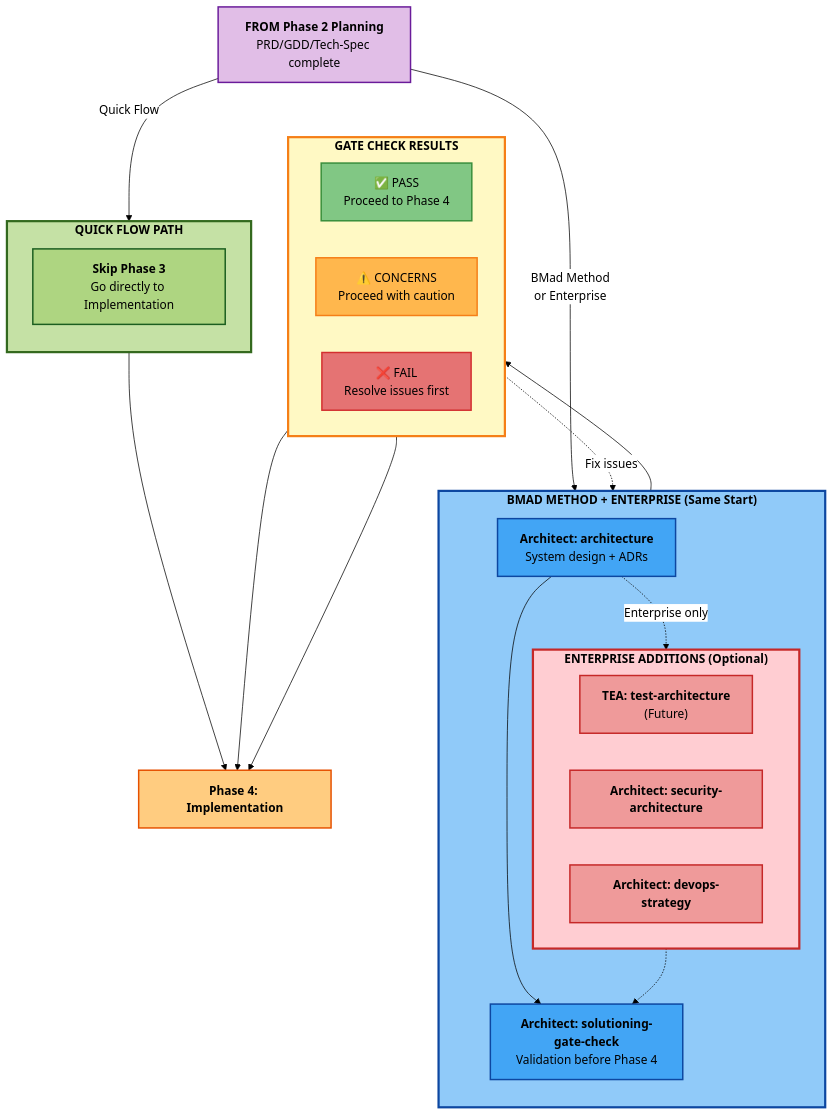
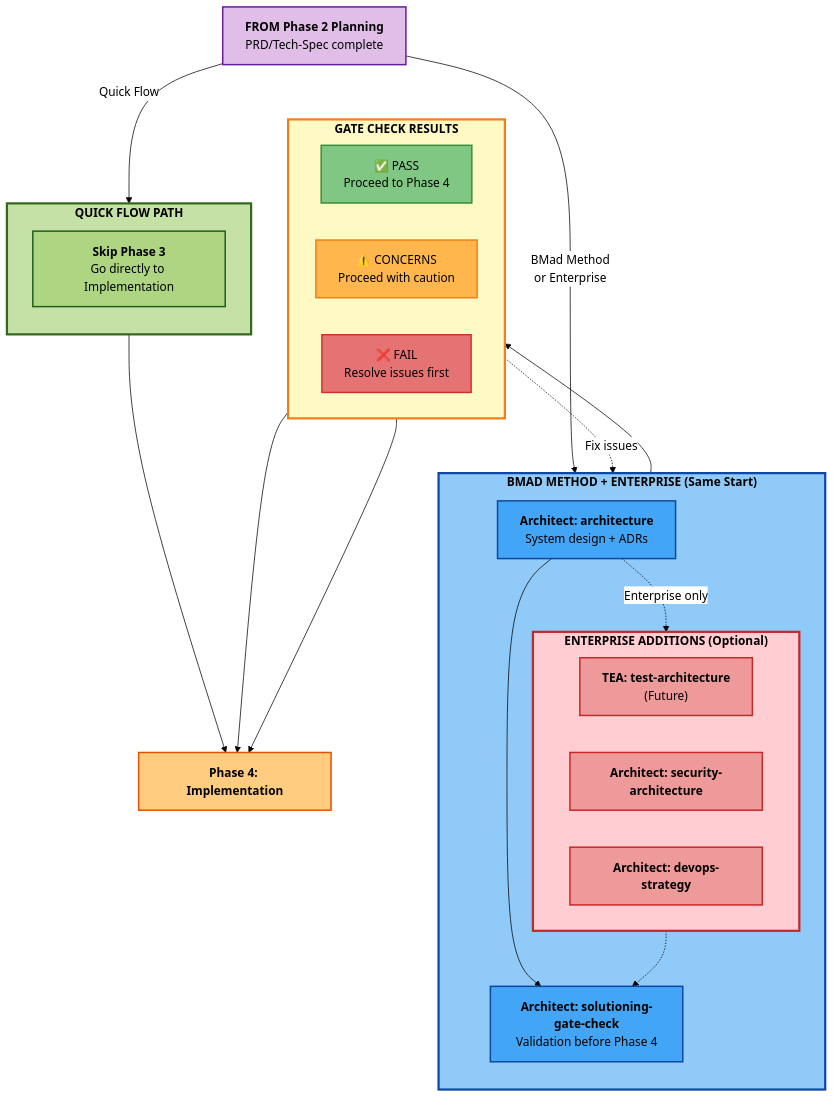
One commit to mkellerman/BMAD-METHOD changed the diagram in bmad/bmm/docs/workflows-solutioning.md. Above: the diagram before and after it, drawn with Mermaid. The commit also changed 3 other files, not shown here.

````diff
--- a/bmad/bmm/docs/workflows-solutioning.md
+++ b/bmad/bmm/docs/workflows-solutioning.md
@@ -19,61 +19,61 @@
 ```mermaid
 %%{init: {'theme':'base', 'themeVariables': { 'primaryColor':'#fff','primaryTextColor':'#000','primaryBorderColor':'#000','lineColor':'#000','fontSize':'16px','fontFamily':'arial'}}}%%
 graph TB
-    FromPlanning["<b>FROM Phase 2 Planning</b><br/>PRD/GDD/Tech-Spec complete"]
+    FromPlanning["<b>FROM Phase 2 Planning</b><br/>PRD/Tech-Spec complete"]
 
     subgraph QuickFlow["<b>QUICK FLOW PATH</b>"]
         direction TB
         SkipArch["<b>Skip Phase 3</b><br/>Go directly to Implementation"]
     end
 
     subgraph BMadEnterprise["<b>BMAD METHOD + ENTERPRISE (Same Start)</b>"]
         direction TB
         Architecture["<b>Architect: architecture</b><br/>System design + ADRs"]
 
         subgraph Optional["<b>ENTERPRISE ADDITIONS (Optional)</b>"]
             direction LR
             TestArch["<b>TEA: test-architecture</b><br/>(Future)"]
             SecArch["<b>Architect: security-architecture</b>"]
             DevOps["<b>Architect: devops-strategy</b>"]
         end
 
         GateCheck["<b>Architect: solutioning-gate-check</b><br/>Validation before Phase 4"]
 
         Architecture -.->|Enterprise only| Optional
         Architecture --> GateCheck
         Optional -.-> GateCheck
     end
 
     subgraph Result["<b>GATE CHECK RESULTS</b>"]
         direction LR
         Pass["✅ PASS<br/>Proceed to Phase 4"]
         Concerns["⚠️ CONCERNS<br/>Proceed with caution"]
         Fail["❌ FAIL<br/>Resolve issues first"]
     end
 
     FromPlanning -->|Quick Flow| QuickFlow
     FromPlanning -->|BMad Method<br/>or Enterprise| Architecture
 
     QuickFlow --> Phase4["<b>Phase 4: Implementation</b>"]
     GateCheck --> Result
     Pass --> Phase4
     Concerns --> Phase4
     Fail -.->|Fix issues| Architecture
 
     style FromPlanning fill:#e1bee7,stroke:#6a1b9a,stroke-width:2px,color:#000
     style QuickFlow fill:#c5e1a5,stroke:#33691e,stroke-width:3px,color:#000
     style BMadEnterprise fill:#90caf9,stroke:#0d47a1,stroke-width:3px,color:#000
     style Optional fill:#ffcdd2,stroke:#c62828,stroke-width:3px,color:#000
     style Result fill:#fff9c4,stroke:#f57f17,stroke-width:3px,color:#000
     style Phase4 fill:#ffcc80,stroke:#e65100,stroke-width:2px,color:#000
 
     style SkipArch fill:#aed581,stroke:#1b5e20,stroke-width:2px,color:#000
     style Architecture fill:#42a5f5,stroke:#0d47a1,stroke-width:2px,color:#000
     style TestArch fill:#ef9a9a,stroke:#c62828,stroke-width:2px,color:#000
     style SecArch fill:#ef9a9a,stroke:#c62828,stroke-width:2px,color:#000
     style DevOps fill:#ef9a9a,stroke:#c62828,stroke-width:2px,color:#000
     style GateCheck fill:#42a5f5,stroke:#0d47a1,stroke-width:2px,color:#000
     style Pass fill:#81c784,stroke:#388e3c,stroke-width:2px,color:#000
     style Concerns fill:#ffb74d,stroke:#f57f17,stroke-width:2px,color:#000
     style Fail fill:#e57373,stroke:#d32f2f,stroke-width:2px,color:#000
 ```
````
